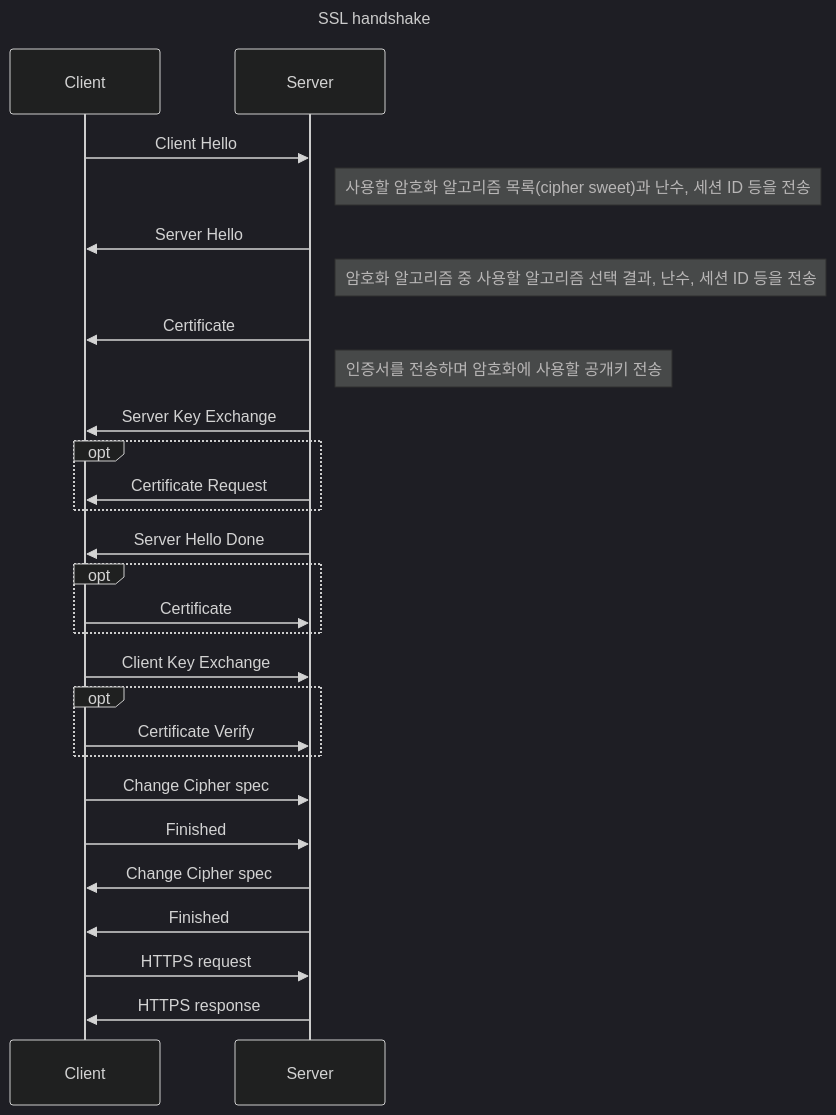
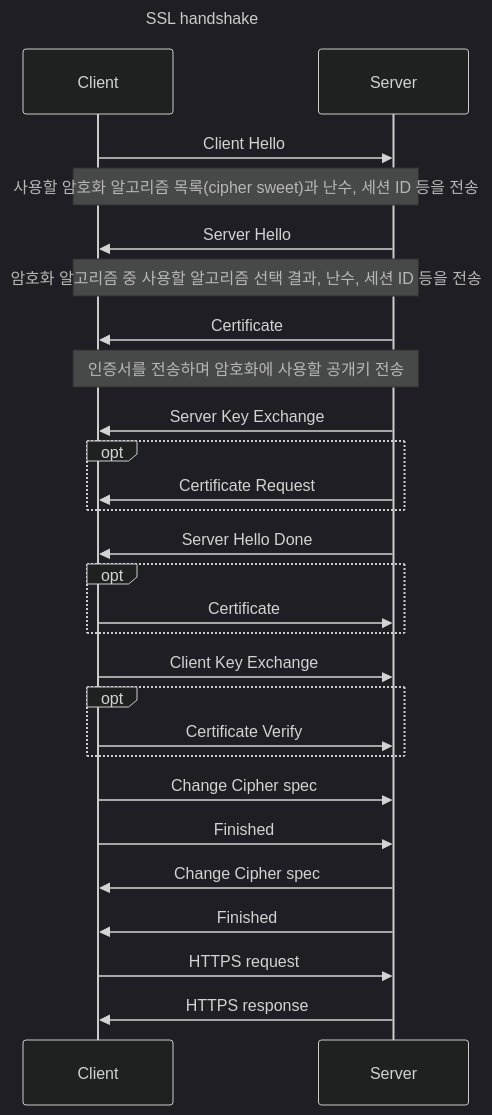
One commit to djccnt15/djccnt15.github.io changed the fourth of 5 diagrams in docs/blog/posts/2024-07-25-web_client_server.md. Above: the diagram before and after it, drawn with Mermaid (dark theme). The commit also changed other lines of this file, not shown here.

Commit message:
update web_client_server fix and add detail about DNS Query

````diff
--- a/docs/blog/posts/2024-07-25-web_client_server.md
+++ b/docs/blog/posts/2024-07-25-web_client_server.md
@@ -74,30 +117,30 @@
 ```mermaid
 ---
 title: SSL handshake
 ---
 sequenceDiagram
     Client ->> Server : Client Hello
-    Note right of Server : 사용할 암호화 알고리즘 목록(cipher sweet)과 난수, 세션 ID 등을 전송
+    Note over Client, Server : 사용할 암호화 알고리즘 목록(cipher sweet)과 난수, 세션 ID 등을 전송
     Server ->> Client : Server Hello
-    Note right of Server : 암호화 알고리즘 중 사용할 알고리즘 선택 결과, 난수, 세션 ID 등을 전송
+    Note over Client, Server : 암호화 알고리즘 중 사용할 알고리즘 선택 결과, 난수, 세션 ID 등을 전송
     Server ->> Client : Certificate
-    Note right of Server : 인증서를 전송하며 암호화에 사용할 공개키 전송
+    Note over Client, Server : 인증서를 전송하며 암호화에 사용할 공개키 전송
     Server ->> Client : Server Key Exchange
     opt
         Server ->> Client : Certificate Request
     end
     Server ->> Client : Server Hello Done
     opt
         Client ->> Server : Certificate
     end
     Client ->> Server : Client Key Exchange
     opt
         Client ->> Server : Certificate Verify
     end
     Client ->> Server : Change Cipher spec
     Client ->> Server : Finished
     Server ->> Client : Change Cipher spec
     Server ->> Client : Finished
     Client ->> Server : HTTPS request
     Server ->> Client : HTTPS response
 ```
````
